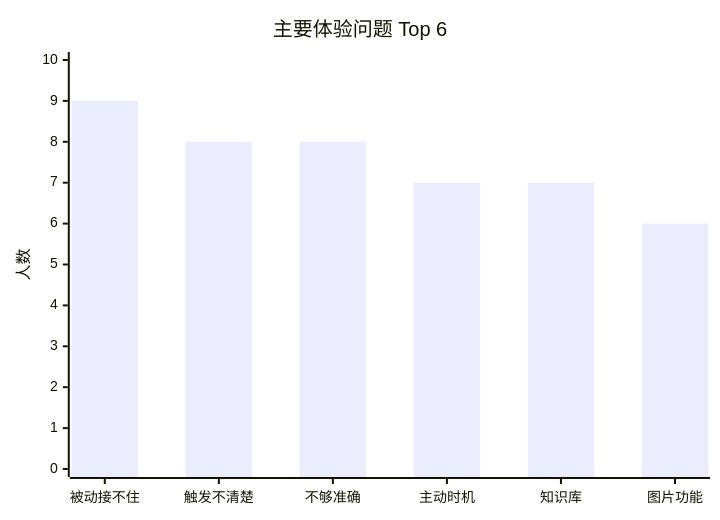
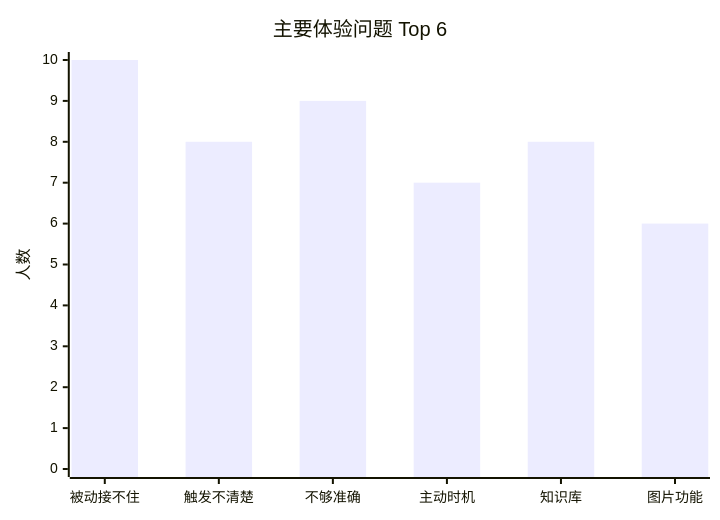
The second of 3 diagrams in 数据分析/QQ群机器人功能反馈问卷分析报告_2026-05-19.md (Junliang-Lyu/astrbot-napcat-docker), drawn with Mermaid before and after one commit. The commit also changed other lines of this file and 2 other files, not shown here.

````diff
--- a/数据分析/QQ群机器人功能反馈问卷分析报告_2026-05-19.md
+++ b/数据分析/QQ群机器人功能反馈问卷分析报告_2026-05-19.md
@@ -110,7 +109,7 @@
 ```mermaid
 xychart-beta
     title "主要体验问题 Top 6"
     x-axis ["被动接不住","触发不清楚","不够准确","主动时机","知识库","图片功能"]
     y-axis "人数" 0 --> 10
-    bar [9,8,8,7,7,6]
+    bar [10,8,9,7,8,6]
 ```
````
